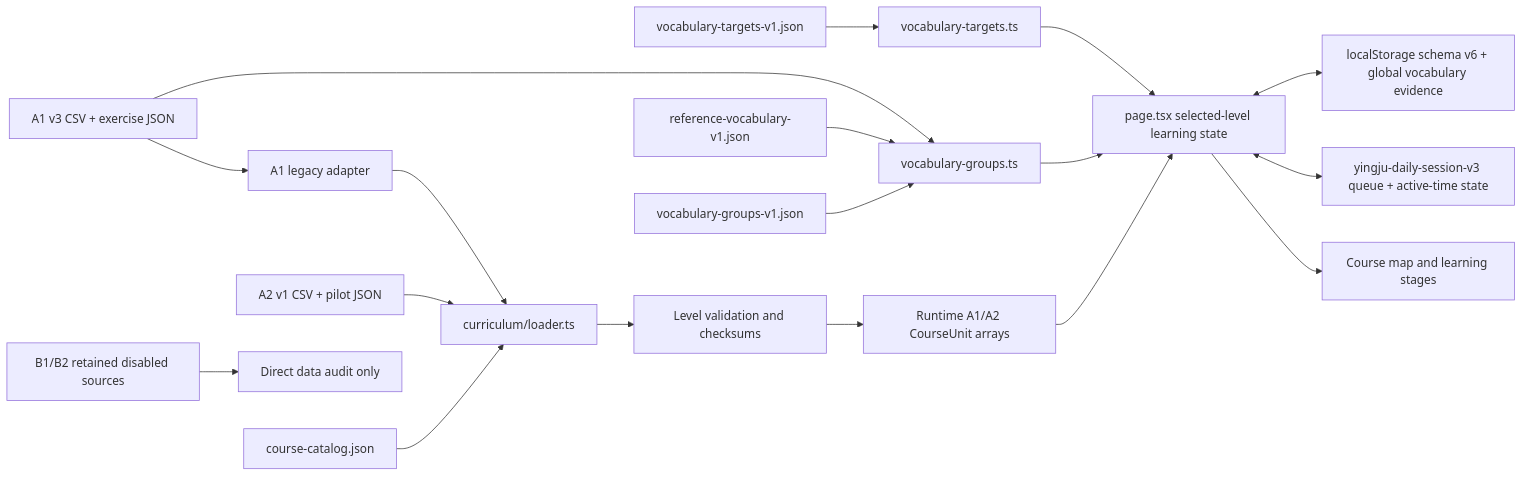
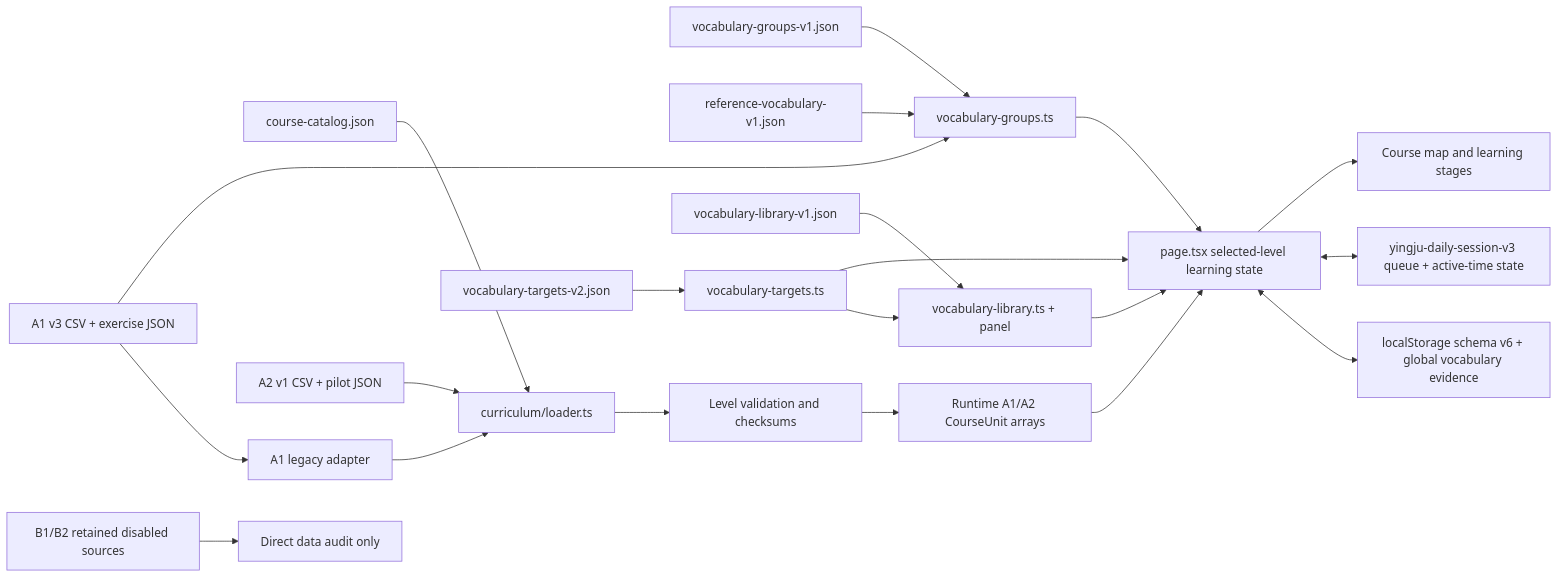
Before and after one commit to ej04520yjo4/EnglishWeb: the first of 2 diagrams in ARCHITECTURE.md, drawn with Mermaid. The commit also changed other lines of this file and 10 other files, not shown here.

````diff
--- a/ARCHITECTURE.md
+++ b/ARCHITECTURE.md
@@ -9,20 +9,23 @@
 ```mermaid
 flowchart LR
   Catalog["course-catalog.json"] --> LevelLoader["curriculum/loader.ts"]
   A1["A1 v3 CSV + exercise JSON"] --> Adapter["A1 legacy adapter"]
   A2["A2 v1 CSV + pilot JSON"] --> LevelLoader
   Disabled["B1/B2 retained disabled sources"] --> Audit["Direct data audit only"]
   Groups["vocabulary-groups-v1.json"] --> Vocabulary["vocabulary-groups.ts"]
   Reference["reference-vocabulary-v1.json"] --> Vocabulary
-  Targets["vocabulary-targets-v1.json"] --> TargetModule["vocabulary-targets.ts"]
+  Targets["vocabulary-targets-v2.json"] --> TargetModule["vocabulary-targets.ts"]
+  Library["vocabulary-library-v1.json"] --> LibraryModule["vocabulary-library.ts + panel"]
+  TargetModule --> LibraryModule
+  LibraryModule --> Page
   A1 --> Vocabulary
   Adapter --> LevelLoader
   LevelLoader --> Validate["Level validation and checksums"]
   Validate --> Units["Runtime A1/A2 CourseUnit arrays"]
   Units --> Page["page.tsx selected-level learning state"]
   Vocabulary --> Page
   TargetModule --> Page
   Page <--> Storage["localStorage schema v6 + global vocabulary evidence"]
   Page <--> DailyStorage["yingju-daily-session-v3 queue + active-time state"]
   Page --> UI["Course map and learning stages"]
 ```
````
